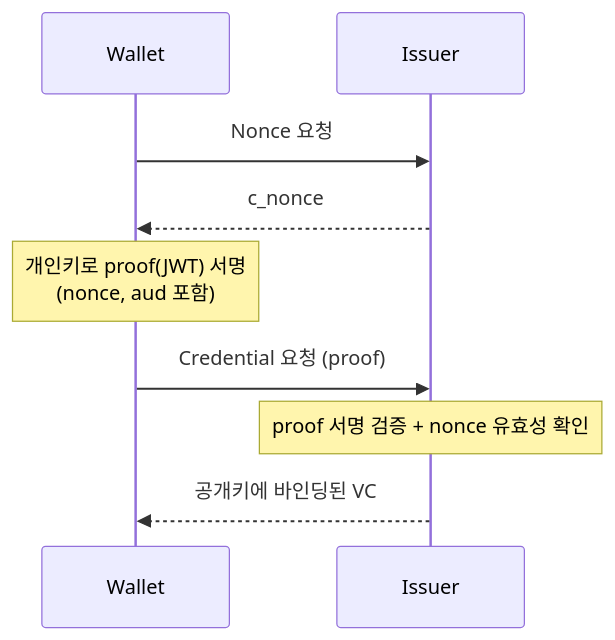
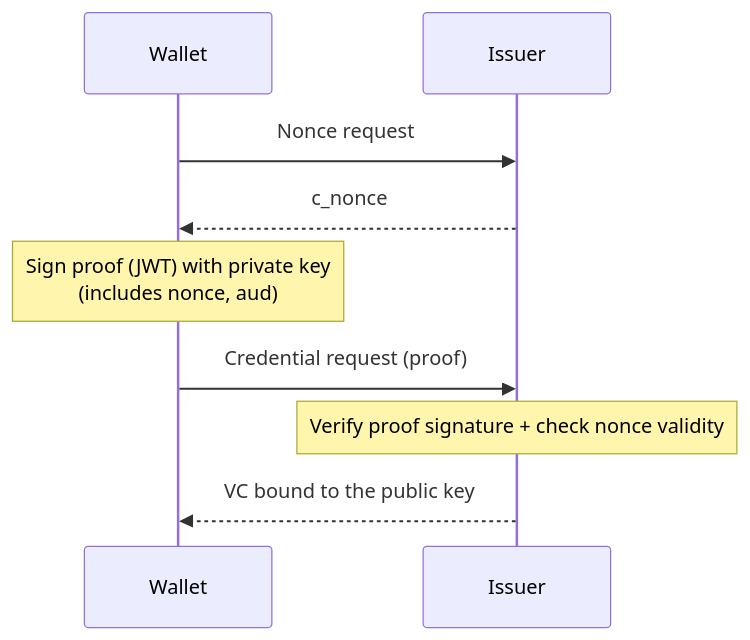
One commit to OmniOneID/poc-oid4vc changed the diagram in docs/concepts/oid4vci/oid4vci_metadata_and_proof.md. Above: the diagram before and after it, drawn with Mermaid. The commit also changed other lines of this file and 29 other files, not shown here.

````diff
--- a/docs/concepts/oid4vci/oid4vci_metadata_and_proof.md
+++ b/docs/concepts/oid4vci/oid4vci_metadata_and_proof.md
@@ -109,11 +109,11 @@
 ```mermaid
 sequenceDiagram
     participant W as Wallet
     participant I as Issuer
-    W->>I: Nonce 요청
+    W->>I: Nonce request
     I-->>W: c_nonce
-    Note over W: 개인키로 proof(JWT) 서명<br/>(nonce, aud 포함)
-    W->>I: Credential 요청 (proof)
-    Note over I: proof 서명 검증 + nonce 유효성 확인
-    I-->>W: 공개키에 바인딩된 VC
+    Note over W: Sign proof (JWT) with private key<br/>(includes nonce, aud)
+    W->>I: Credential request (proof)
+    Note over I: Verify proof signature + check nonce validity
+    I-->>W: VC bound to the public key
 ```
````
